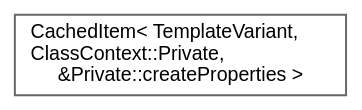
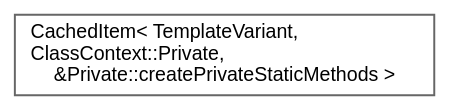
Before and after one commit to zipa/doxygen: the diagram in inherit_graph_86.dot, drawn with Graphviz. The commit also changed 8642 other files, not shown here.

```diff
--- a/inherit_graph_86.dot
+++ b/inherit_graph_86.dot
@@ -1,10 +1,10 @@
 digraph "Graphical Class Hierarchy"
 {
  // INTERACTIVE_SVG=YES
  // LATEX_PDF_SIZE
   bgcolor="transparent";
   edge [fontname=Helvetica,fontsize=10,labelfontname=Helvetica,labelfontsize=10];
   node [fontname=Helvetica,fontsize=10,shape=box,height=0.2,width=0.4];
   rankdir="LR";
-  Node0 [label="CachedItem\< TemplateVariant,\l ClassContext::Private,\l &Private::createProperties \>",height=0.2,width=0.4,color="grey40", fillcolor="white", style="filled",URL="$d7/dc1/class_cached_item.html",tooltip=" "];
+  Node0 [label="CachedItem\< TemplateVariant,\l ClassContext::Private,\l &Private::createPrivateStaticMethods \>",height=0.2,width=0.4,color="grey40", fillcolor="white", style="filled",URL="$d7/dc1/class_cached_item.html",tooltip=" "];
 }
```
